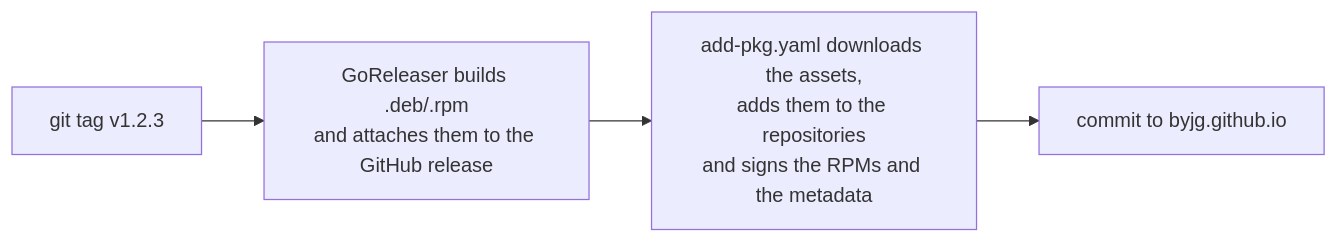
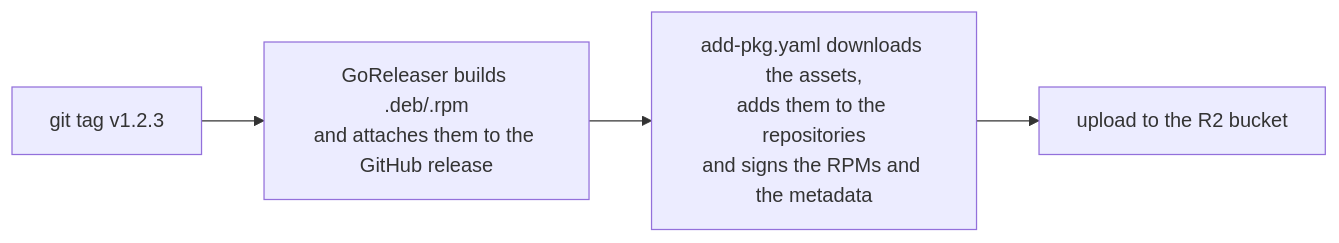
One commit to byjg/byjg.github.io changed the diagram in docs/opensource/guidelines/linux-packages.md. Above: the diagram before and after it, drawn with Mermaid. The commit also changed other lines of this file and 234 other files, not shown here.

````diff
--- a/docs/opensource/guidelines/linux-packages.md
+++ b/docs/opensource/guidelines/linux-packages.md
@@ -18,6 +22,6 @@
 ```mermaid
 flowchart LR
     tag["git tag v1.2.3"] --> build["GoReleaser builds .deb/.rpm<br/>and attaches them to the GitHub release"]
     build --> addpkg["add-pkg.yaml downloads the assets,<br/>adds them to the repositories<br/>and signs the RPMs and the metadata"]
-    addpkg --> site["commit to byjg.github.io"]
+    addpkg --> r2["upload to the R2 bucket"]
 ```
````
